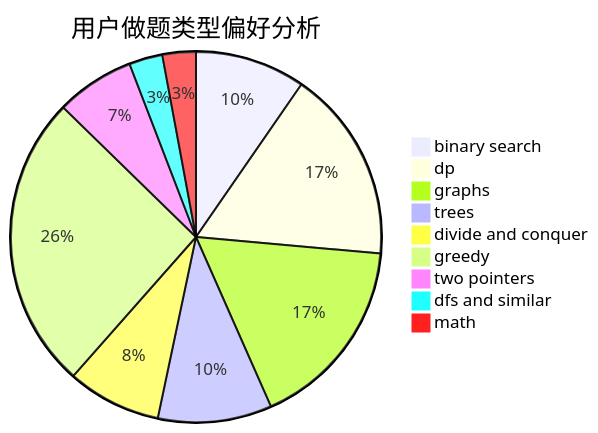
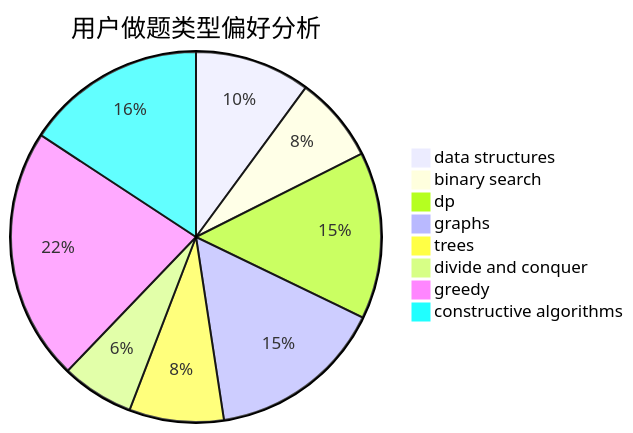
The second of 3 diagrams in docs/user/u1048.md (sherpahu/cfrs.github.io), drawn with Mermaid before and after one commit. The commit also changed other lines of this file and 2775 other files, not shown here.

````diff
--- a/docs/user/u1048.md
+++ b/docs/user/u1048.md
@@ -23,12 +23,11 @@
 ```mermaid
 pie title 用户做题类型偏好分析
-    "binary search" :  122
-    "dp" :  213
-    "graphs" :  215
-    "trees" :  126
-    "divide and conquer" :  104
-    "greedy" :  327
-    "two pointers" :  87
-    "dfs and similar" :  37
-    "math" :  37
+    "data structures" :  121
+    "binary search" :  90
+    "dp" :  175
+    "graphs" :  185
+    "trees" :  99
+    "divide and conquer" :  76
+    "greedy" :  265
+    "constructive algorithms" :  189
 ```
````
